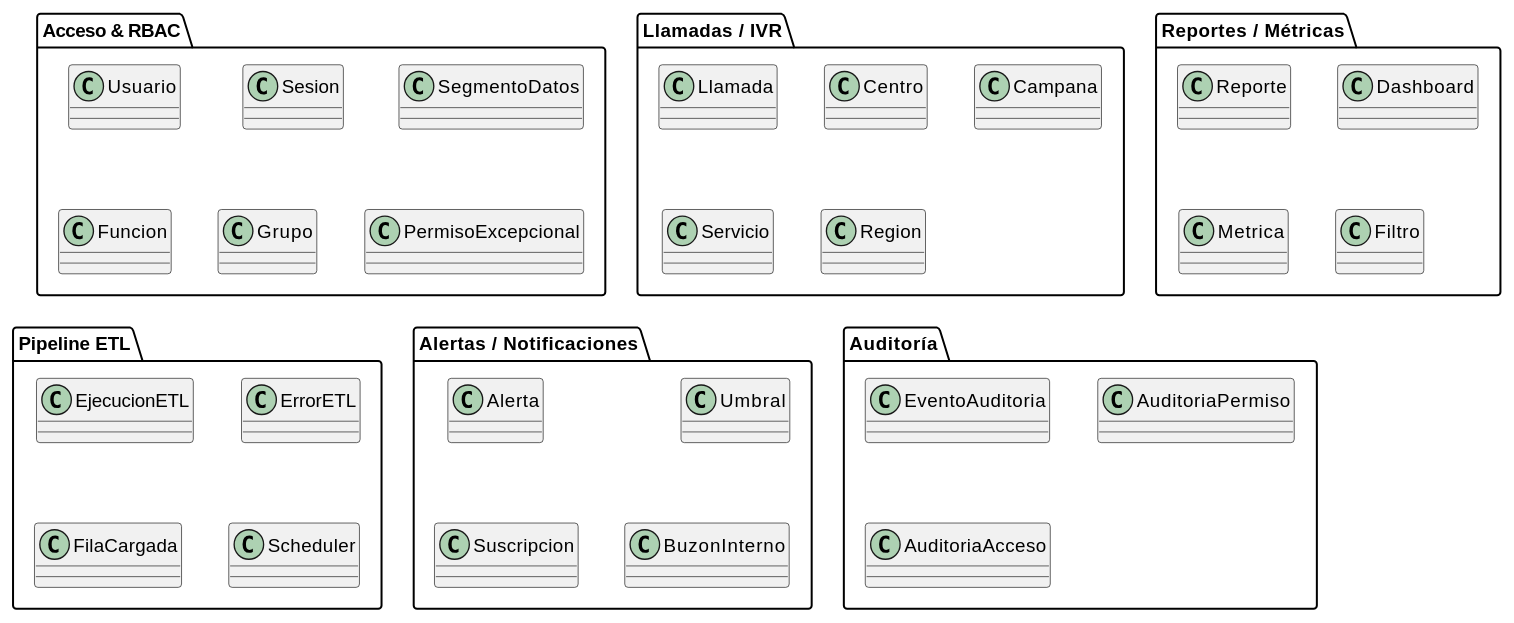
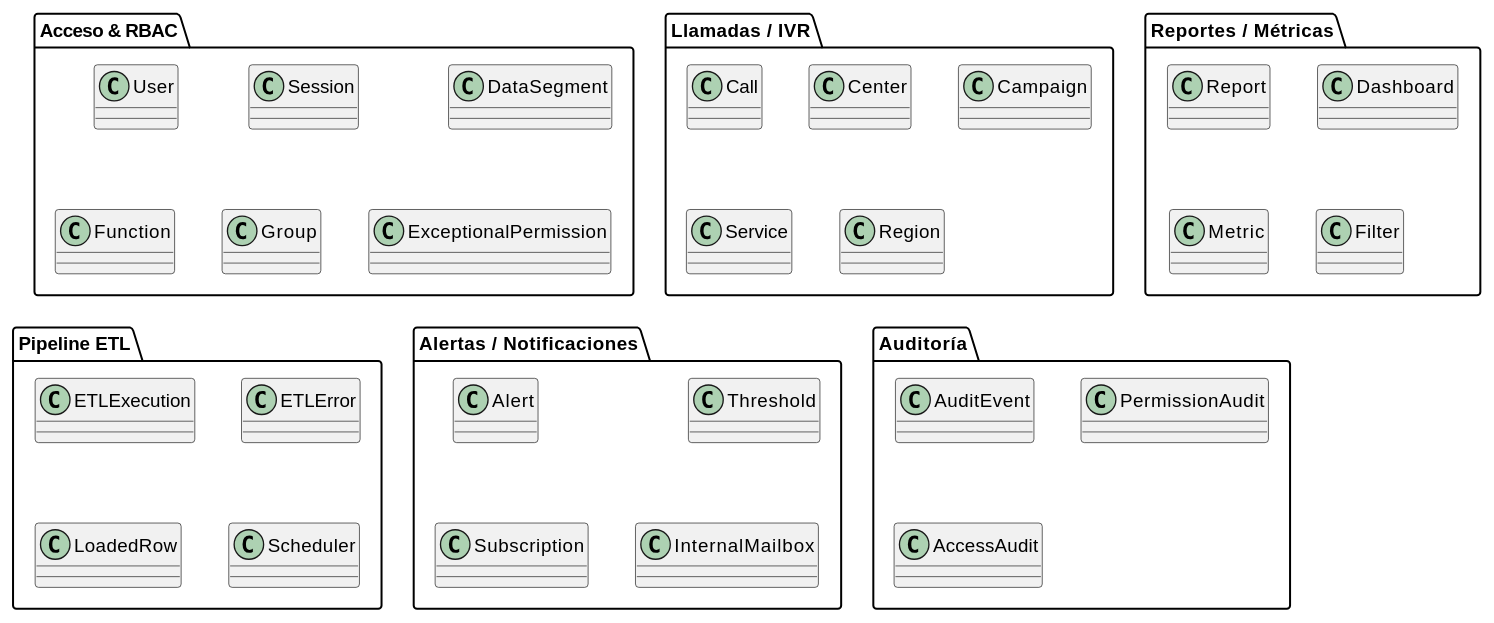
Before and after one commit to jcg-admin/IACT-docs: the diagram in source/requisitos/_metodologia-aplicacion/analisis-dominio/conversion-a-clases-vista-global-del-dominio.rst, drawn with PlantUML. The commit also changed 21 other files, not shown here.

```diff
--- a/source/requisitos/_metodologia-aplicacion/analisis-dominio/conversion-a-clases-vista-global-del-dominio.rst
+++ b/source/requisitos/_metodologia-aplicacion/analisis-dominio/conversion-a-clases-vista-global-del-dominio.rst
@@ -4,48 +4,48 @@
 .. uml::
 
    @startuml
 
    package "Acceso & RBAC" as MODULO_ACCESO_RBAC {
-     class Usuario
-     class Sesion
-     class SegmentoDatos
-     class Funcion
-     class Grupo
-     class PermisoExcepcional
+     class User
+     class Session
+     class DataSegment
+     class Function
+     class Group
+     class ExceptionalPermission
    }
 
    package "Llamadas / IVR" as MODULO_LLAMADAS_IVR {
-     class Llamada
-     class Centro
-     class Campana
-     class Servicio
+     class Call
+     class Center
+     class Campaign
+     class Service
      class Region
    }
 
    package "Reportes / Métricas" as MODULO_REPORTES {
-     class Reporte
+     class Report
      class Dashboard
-     class Metrica
-     class Filtro
+     class Metric
+     class Filter
    }
 
    package "Pipeline ETL" as MODULO_ETL {
-     class EjecucionETL
-     class ErrorETL
-     class FilaCargada
+     class ETLExecution
+     class ETLError
+     class LoadedRow
      class Scheduler
    }
 
    package "Alertas / Notificaciones" as MODULO_ALERTAS {
-     class Alerta
-     class Umbral
-     class Suscripcion
-     class BuzonInterno
+     class Alert
+     class Threshold
+     class Subscription
+     class InternalMailbox
    }
 
    package "Auditoría" as MODULO_AUDITORIA {
-     class EventoAuditoria
-     class AuditoriaPermiso
-     class AuditoriaAcceso
+     class AuditEvent
+     class PermissionAudit
+     class AccessAudit
    }
    @enduml
```
